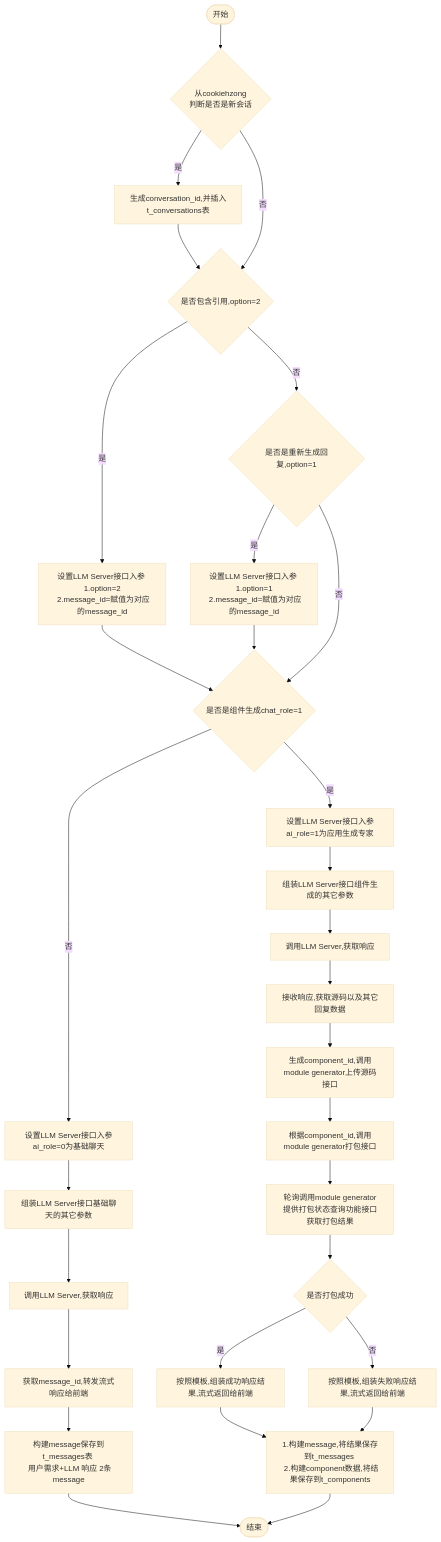
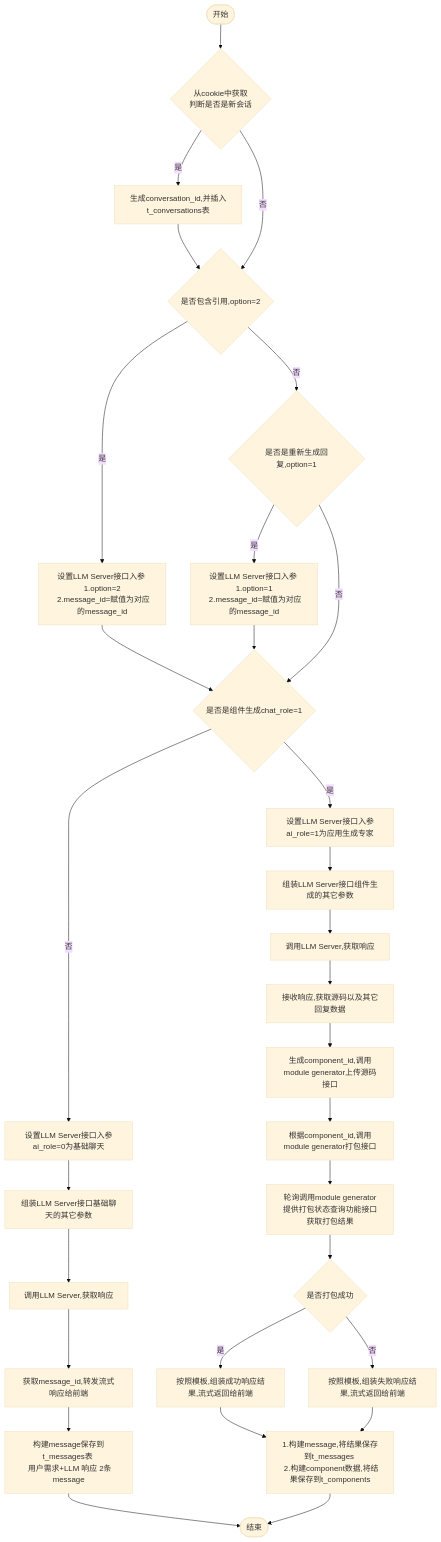
One commit to yingjianzh/iodraw-files changed the diagram in all/w3-会话-不需要传递message.md. Above: the diagram before and after it, drawn with Mermaid (base theme).

Commit message:
2024-10-15 14:12:54 update

````diff
--- a/all/w3-会话-不需要传递message.md
+++ b/all/w3-会话-不需要传递message.md
@@ -1,36 +1,36 @@
 ```mermaid
 flowchart TD
-    A([开始]) --> B{从cookiehzong  \n 判断是否是新会话}
+    A([开始]) --> B{从cookie中获取 \n 判断是否是新会话}
     B -- 是 --> C[生成conversation_id,并插入t_conversations表]
     C --> D
     B -- 否 --> D{是否包含引用,option=2}
     D -- 是 --> E[设置LLM Server接口入参 \n 1.option=2 \n 2.message_id=赋值为对应的message_id]
     D -- 否 --> F{是否是重新生成回复,option=1}
     F -- 是 --> G[设置LLM Server接口入参 \n 1.option=1 \n 2.message_id=赋值为对应的message_id]
     F -- 否 --> I
      
     E & G --> I{是否是组件生成chat_role=1}
     I -- 否 --> K[设置LLM Server接口入参ai_role=0为基础聊天]
     I -- 是 --> J[设置LLM Server接口入参ai_role=1为应用生成专家]
     
 
     J --> L[组装LLM Server接口组件生成的其它参数]    
     K --> M[组装LLM Server接口基础聊天的其它参数]    
     M --> N[调用LLM Server,获取响应]    
     N --> O[获取message_id,转发流式响应给前端]
     O --> P[构建message保存到t_messages表 \n 用户需求+LLM 响应 2条message]
     P --> R([结束])
 
 
     L --> S[调用LLM Server,获取响应]
     S --> T[接收响应,获取源码以及其它回复数据]
     T --> U[生成component_id,调用module generator上传源码接口]
     U --> V[根据component_id,调用module generator打包接口]
     V --> W[轮询调用module generator提供打包状态查询功能接口获取打包结果]
     W --> X{是否打包成功}
     X -- 是 --> Y[按照模板,组装成功响应结果,流式返回给前端]
     X -- 否 --> Z[按照模板,组装失败响应结果,流式返回给前端]
 
     Y & Z --> Result[1.构建message,将结果保存到t_messages \n 2.构建component数据,将结果保存到t_components]
     Result --> R
 ```
````
